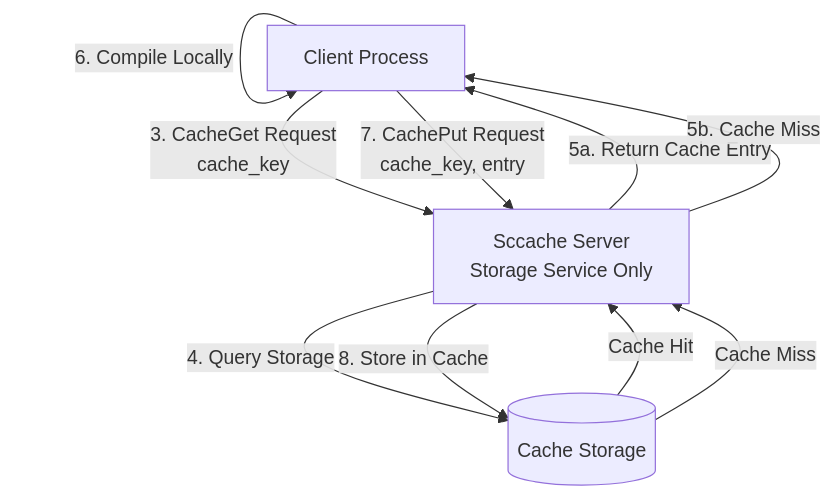
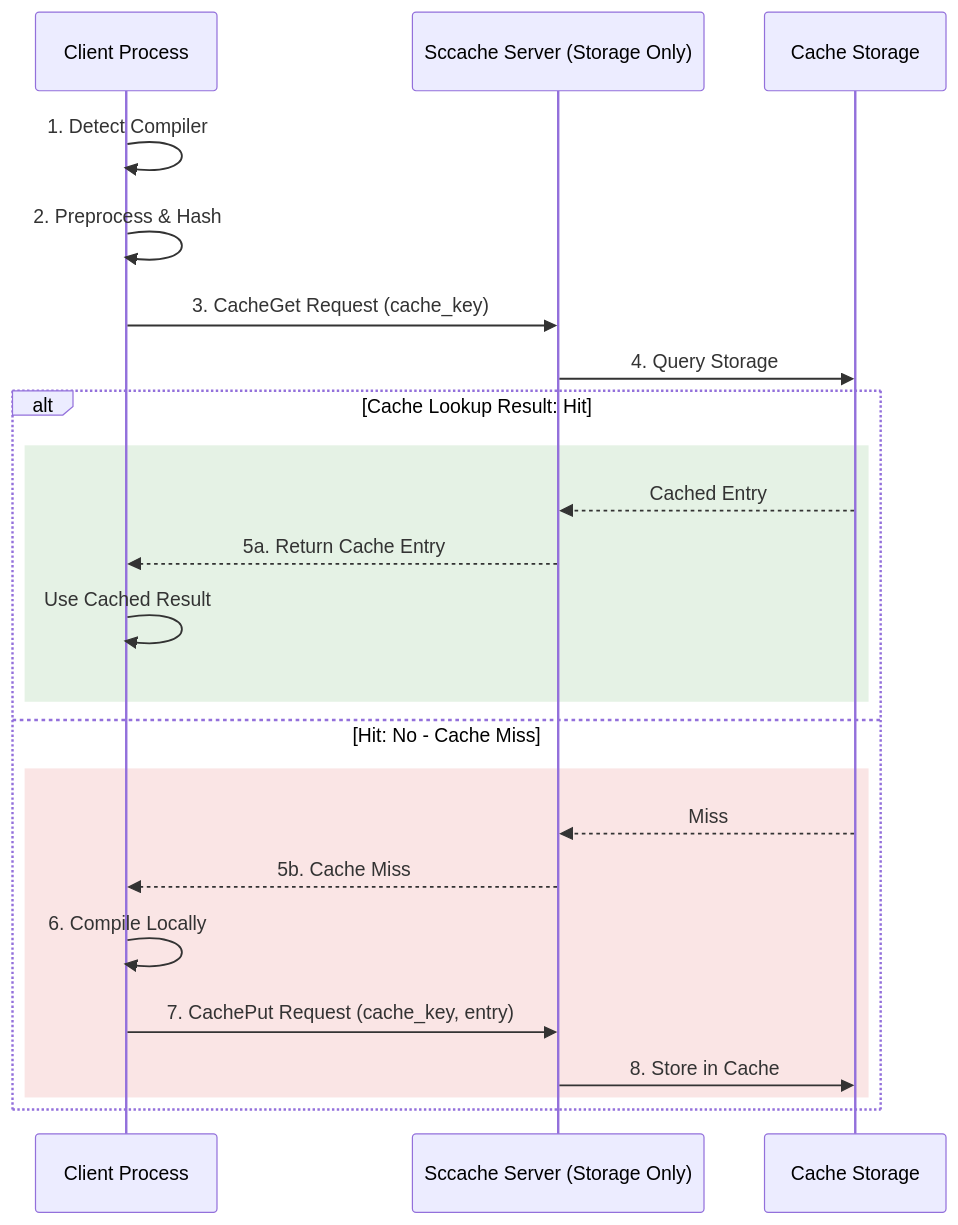
The second of 3 diagrams in docs/Architecture.md (mozilla/sccache), drawn with Mermaid before and after one commit. The commit also changed other lines of this file, not shown here.

First line of the commit message:
docs: rewrite Architecture.md with sequence diagrams and cache key docs

````diff
--- a/docs/Architecture.md
+++ b/docs/Architecture.md
@@ -41,19 +48,26 @@
 ```mermaid
-  flowchart TB
-      Client[Client Process]
-      Server[Sccache Server<br/>Storage Service Only]
-      Storage[(Cache Storage)]
+  sequenceDiagram
+      participant Client as Client Process
+      participant Server as Sccache Server (Storage Only)
+      participant Storage as Cache Storage
 
-      Client -->|1. Detect Compiler| Client
-      Client -->|2. Preprocess & Hash| Client
-      Client -->|3. CacheGet Request<br/>cache_key| Server
-      Server -->|4. Query Storage| Storage
-      Storage -->|Cache Hit| Server
-      Server -->|5a. Return Cache Entry| Client
-      Client -->|Use Cached Result| Client
-      Storage -->|Cache Miss| Server
-      Server -->|5b. Cache Miss| Client
-      Client -->|6. Compile Locally| Client
-      Client -->|7. CachePut Request<br/>cache_key, entry| Server
-      Server -->|8. Store in Cache| Storage
+      Client->>Client: 1. Detect Compiler
+      Client->>Client: 2. Preprocess & Hash
+      Client->>Server: 3. CacheGet Request (cache_key)
+      Server->>Storage: 4. Query Storage
+      alt Cache Lookup Result: Hit
+          rect rgba(0, 128, 0, 0.1)
+              Storage-->>Server: Cached Entry
+              Server-->>Client: 5a. Return Cache Entry
+              Client->>Client: Use Cached Result
+          end
+      else Hit: No - Cache Miss
+          rect rgba(200, 0, 0, 0.1)
+              Storage-->>Server: Miss
+              Server-->>Client: 5b. Cache Miss
+              Client->>Client: 6. Compile Locally
+              Client->>Server: 7. CachePut Request (cache_key, entry)
+              Server->>Storage: 8. Store in Cache
+          end
+      end
 ```
````
